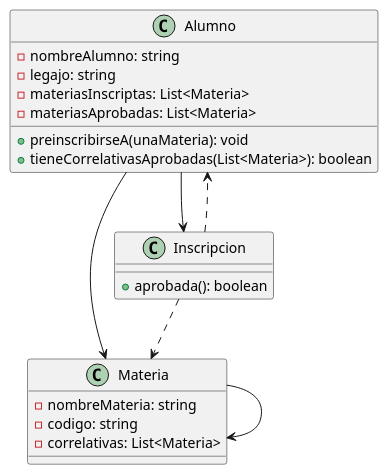
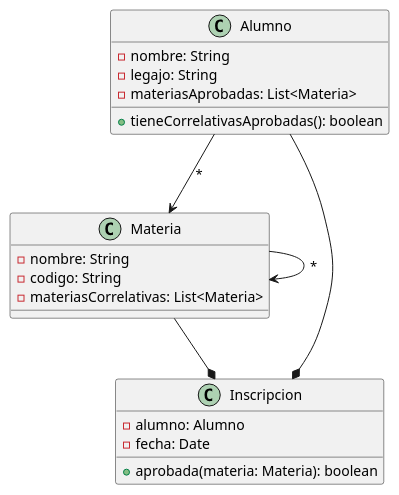
The diagram in src/DiagramaDeClases.puml (LeonelArianContreras/Correlativas), drawn with PlantUML before and after one commit. The commit also changed 9 other files, not shown here.

```diff
--- a/src/DiagramaDeClases.puml
+++ b/src/DiagramaDeClases.puml
@@ -1,30 +1,28 @@
 @startuml
 
 Class Alumno {
-    -nombreAlumno: string
-    -legajo: string
-    -materiasInscriptas: List<Materia>
+    -nombre: String
+    -legajo: String
     -materiasAprobadas: List<Materia>
-
-    +preinscribirseA(unaMateria): void
-    +tieneCorrelativasAprobadas(List<Materia>): boolean
+    +tieneCorrelativasAprobadas(): boolean
 }
 
 Class Materia {
-    -nombreMateria: string
-    -codigo: string
-    -correlativas: List<Materia>
+    -nombre: String
+    -codigo: String
+    -materiasCorrelativas: List<Materia>
 }
 
 Class Inscripcion {
-    +aprobada(): boolean
+    -alumno: Alumno
+    -fecha: Date
+    +aprobada(materia: Materia): boolean
 }
 
-Inscripcion ..> Alumno
-Inscripcion ..> Materia
-Alumno --> Inscripcion
-Alumno --> Materia
-Materia --> Materia
+Alumno --* Inscripcion
+Materia --* Inscripcion
+Materia --> Materia : "*"
+Alumno --> Materia: "*"
 
 
 @enduml
```
